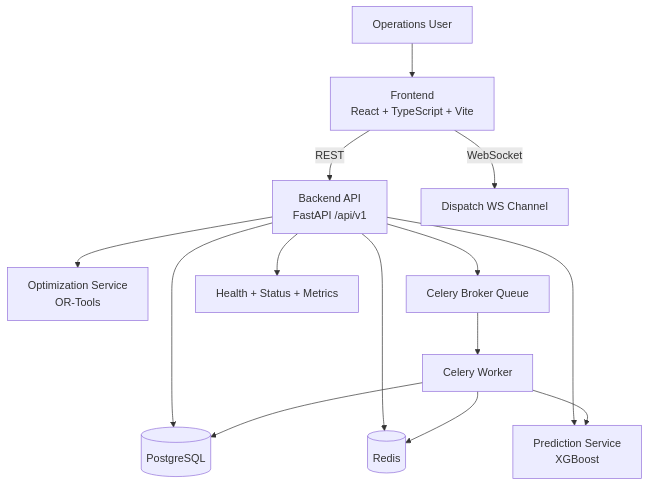
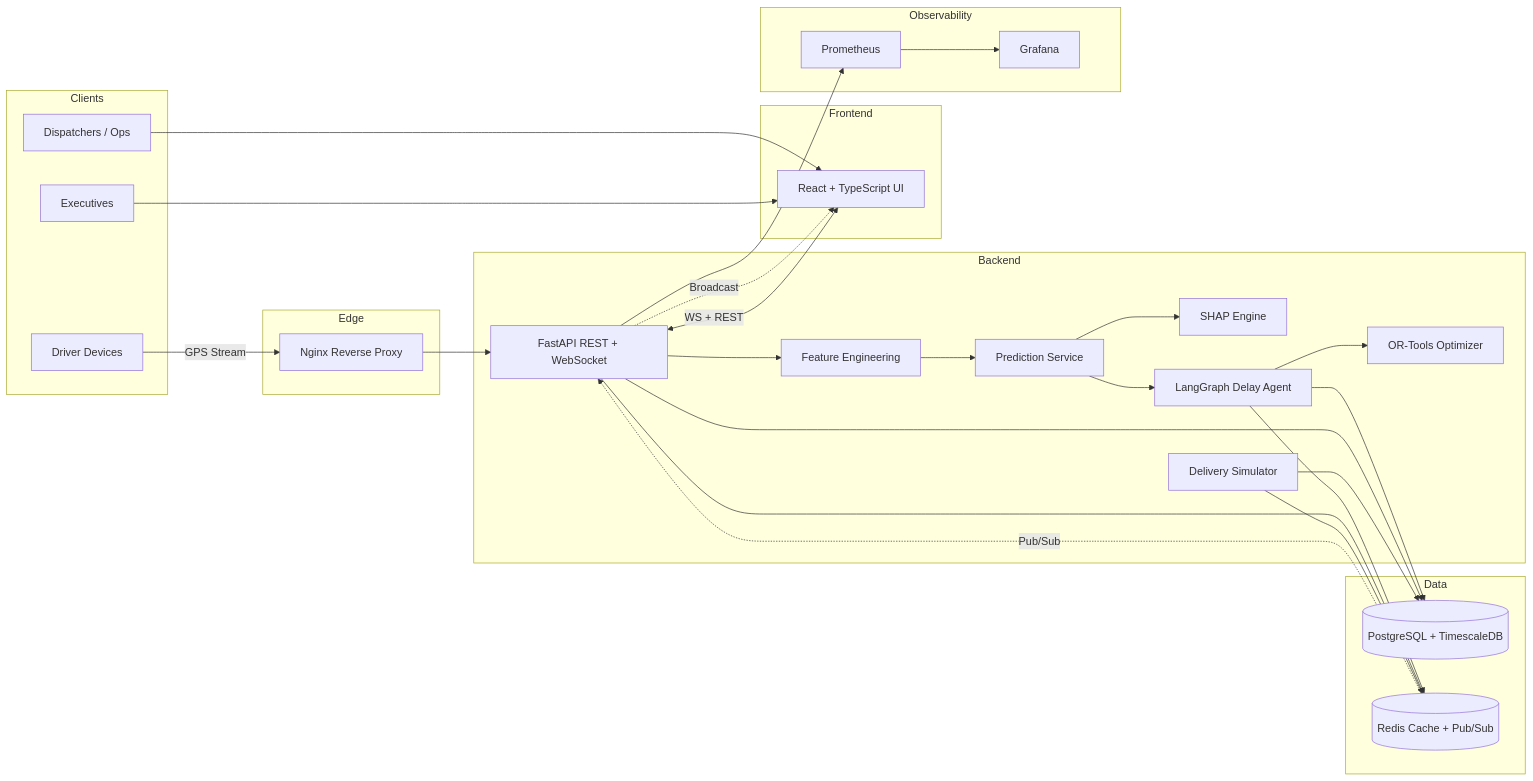
The first of 8 diagrams in README.md (VIVEK-MARRI/IntelliLog-AI), drawn with Mermaid before and after one commit. The commit also changed other lines of this file and 707 other files, not shown here.

Commit message:
docs: overhaul README with badges, mermaid diagrams, and full project documentation

````diff
--- a/README.md
+++ b/README.md
@@ -95,20 +146,55 @@
 ```mermaid
-graph TD
-    Ops[Operations User] --> FE[Frontend\nReact + TypeScript + Vite]
+flowchart LR
+  subgraph Clients
+    DR[Driver Devices]
+    DS[Dispatchers / Ops]
+    EX[Executives]
+  end
 
-    FE -->|REST| API[Backend API\nFastAPI /api/v1]
-    FE -->|WebSocket| WS[Dispatch WS Channel]
+  subgraph Edge
+    NG[Nginx Reverse Proxy]
+  end
 
-    API --> DB[(PostgreSQL)]
-    API --> Redis[(Redis)]
-    API --> Opt[Optimization Service\nOR-Tools]
-    API --> Pred[Prediction Service\nXGBoost]
+  subgraph Frontend
+    FD[React + TypeScript UI]
+  end
 
-    API --> Queue[Celery Broker Queue]
-    Queue --> Worker[Celery Worker]
-    Worker --> DB
-    Worker --> Redis
-    Worker --> Pred
+  subgraph Backend
+    API[FastAPI REST + WebSocket]
+    FE[Feature Engineering]
+    ML[Prediction Service]
+    SHAP[SHAP Engine]
+    AG[LangGraph Delay Agent]
+    RO[OR-Tools Optimizer]
+    SIM[Delivery Simulator]
+  end
 
-    API --> Health[Health + Status + Metrics]
+  subgraph Data
+    PG[(PostgreSQL + TimescaleDB)]
+    RD[(Redis Cache + Pub/Sub)]
+  end
+
+  subgraph Observability
+    PROM[Prometheus]
+    GRAF[Grafana]
+  end
+
+  DR -->|GPS Stream| NG
+  NG --> API
+  DS --> FD
+  EX --> FD
+  FD <-->|WS + REST| API
+  API --> FE --> ML
+  ML --> SHAP
+  ML --> AG
+  AG --> RO
+  AG --> PG
+  AG --> RD
+  API --> PG
+  API --> RD
+  SIM --> PG
+  SIM --> RD
+  API --> PROM --> GRAF
+  RD -.->|Pub/Sub| API
+  API -.->|Broadcast| FD
 ```
````
